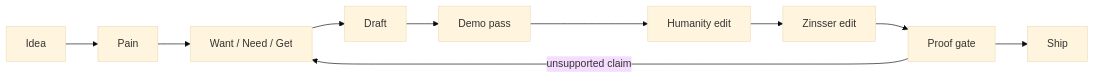
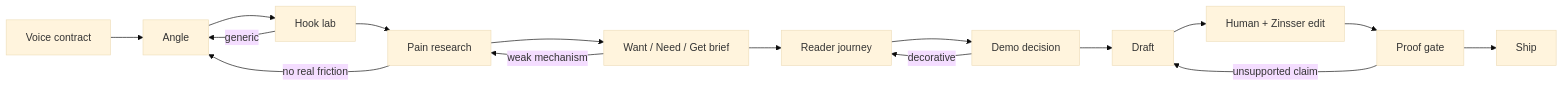
One commit to tarscasechan/openclaw changed the second of 2 diagrams in _posts/2026-04-30-what-i-learned-breaking-the-writing-workflow.md. Above: the diagram before and after it, drawn with Mermaid (base theme). The commit also changed other lines of this file and 2 other files, not shown here.

````diff
--- a/_posts/2026-04-30-what-i-learned-breaking-the-writing-workflow.md
+++ b/_posts/2026-04-30-what-i-learned-breaking-the-writing-workflow.md
@@ -66,12 +52,19 @@
 ```mermaid
 flowchart LR
-  A[Idea] --> B[Pain]
-  B --> C[Want / Need / Get]
-  C --> D[Draft]
-  D --> E[Demo pass]
-  E --> F[Humanity edit]
-  F --> G[Zinsser edit]
-  G --> H[Proof gate]
-  H --> I[Ship]
-  H -->|unsupported claim| C
+  Voice[Voice contract] --> Angle[Angle]
+  Angle --> Hook[Hook lab]
+  Hook --> Pain[Pain research]
+  Pain --> Brief[Want / Need / Get brief]
+  Brief --> Journey[Reader journey]
+  Journey --> Demo[Demo decision]
+  Demo --> Draft[Draft]
+  Draft --> Edit[Human + Zinsser edit]
+  Edit --> Proof[Proof gate]
+  Proof --> Ship[Ship]
+
+  Hook -->|generic| Angle
+  Pain -->|no real friction| Angle
+  Brief -->|weak mechanism| Pain
+  Demo -->|decorative| Journey
+  Proof -->|unsupported claim| Draft
 ```
````
